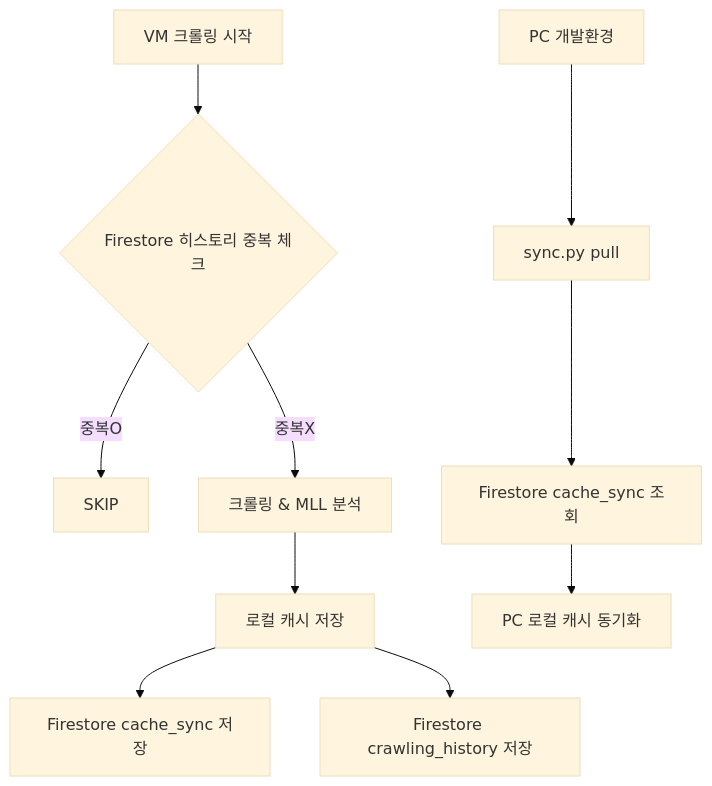
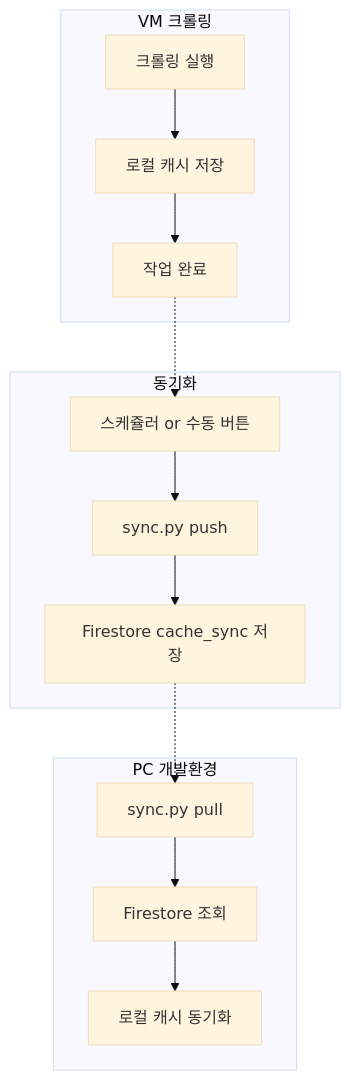
Before and after one commit to saintiron82/ZND: the diagram in docs/CACHE_SYNC_PLAN.md, drawn with Mermaid (base theme). The commit also changed other lines of this file and 15 other files, not shown here.

````diff
--- a/docs/CACHE_SYNC_PLAN.md
+++ b/docs/CACHE_SYNC_PLAN.md
@@ -81,13 +107,20 @@
 ```mermaid
 graph TD
-    A[VM 크롤링 시작] --> B{Firestore 히스토리 중복 체크}
-    B -- 중복O --> C[SKIP]
-    B -- 중복X --> D[크롤링 & MLL 분석]
-    D --> E[로컬 캐시 저장]
-    E --> F[Firestore cache_sync 저장]
-    E --> G[Firestore crawling_history 저장]
+    subgraph VM 크롤링
+        A[크롤링 실행] --> B[로컬 캐시 저장]
+        B --> C[작업 완료]
+    end
     
-    H[PC 개발환경] --> I[sync.py pull]
-    I --> J[Firestore cache_sync 조회]
-    J --> K[PC 로컬 캐시 동기화]
+    subgraph 동기화
+        D[스케쥴러 or 수동 버튼] --> E[sync.py push]
+        E --> F[Firestore cache_sync 저장]
+    end
+    
+    subgraph PC 개발환경
+        G[sync.py pull] --> H[Firestore 조회]
+        H --> I[로컬 캐시 동기화]
+    end
+    
+    C -.-> D
+    F -.-> G
 ```
````
